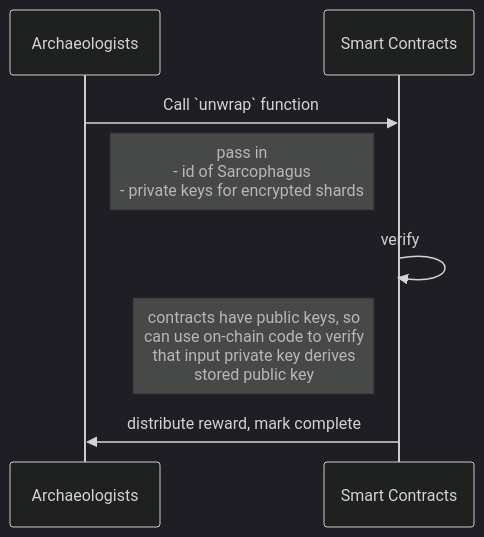
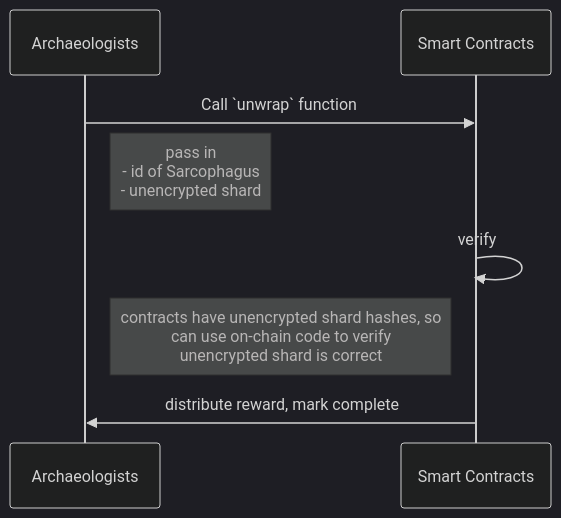
One commit to sarcophagus-org/sarcophagus-v2-specs changed the diagram in unwrap-sarcophagus.md. Above: the diagram before and after it, drawn with Mermaid (dark theme).

Commit message:
fix unwrap diagram

````diff
--- a/unwrap-sarcophagus.md
+++ b/unwrap-sarcophagus.md
@@ -1,15 +1,15 @@
 ```mermaid
 sequenceDiagram
   participant Archaeologists
   participant Smart Contracts
 
   Archaeologists->>Smart Contracts: Call `unwrap` function
 
-  Note right of Archaeologists: pass in<br/>- id of Sarcophagus<br/>- private keys for encrypted shards
+  Note right of Archaeologists: pass in<br/>- id of Sarcophagus<br/>- unencrypted shard
 
   Smart Contracts->>Smart Contracts: verify
 
-  Note left of Smart Contracts: contracts have public keys, so<br/> can use on-chain code to verify<br/>that input private key derives<br/>stored public key
+  Note left of Smart Contracts: contracts have unencrypted shard hashes, so<br/> can use on-chain code to verify<br/>unencrypted shard is correct
 
   Smart Contracts->>Archaeologists: distribute reward, mark complete
 ```
````
